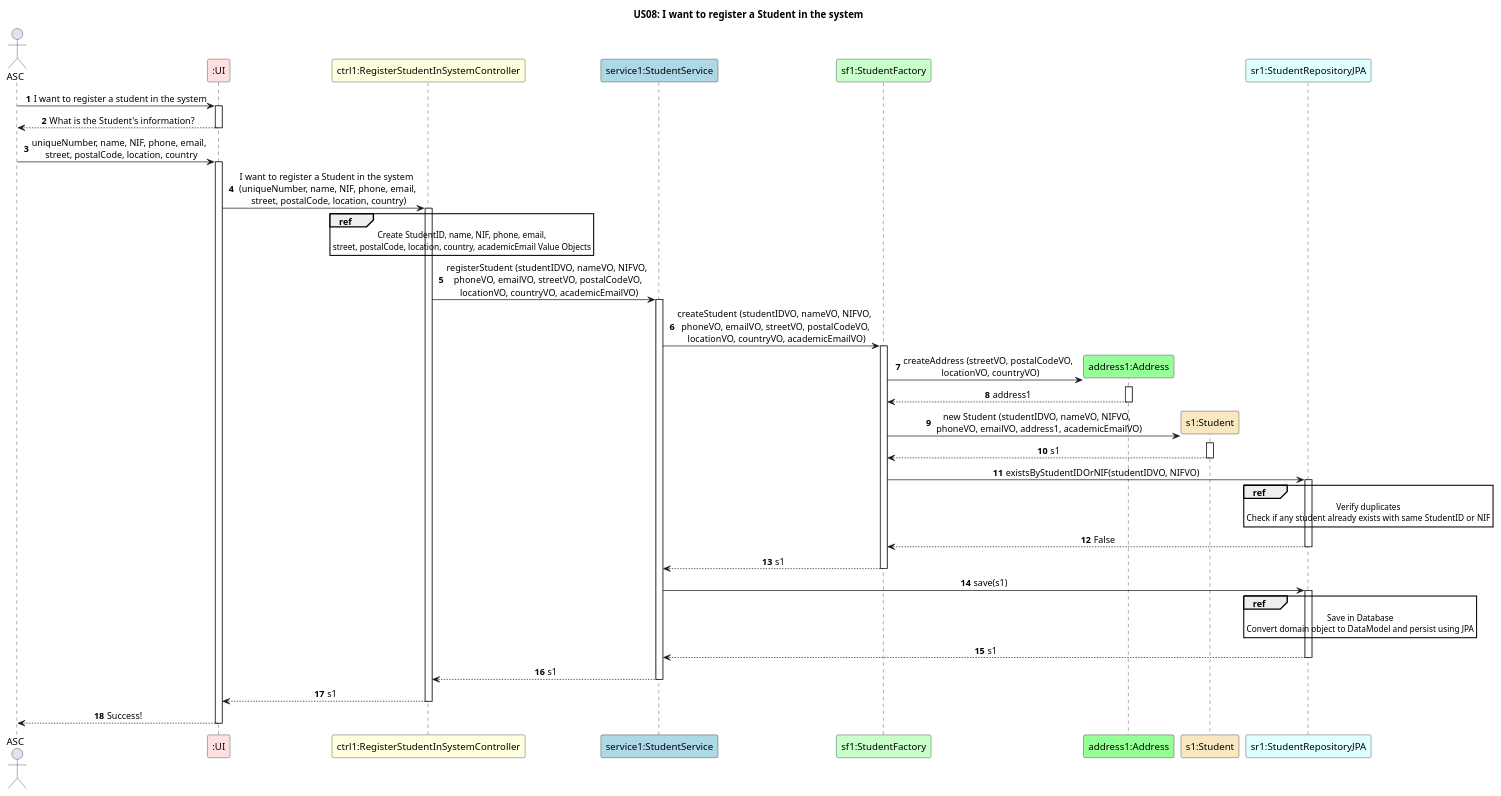
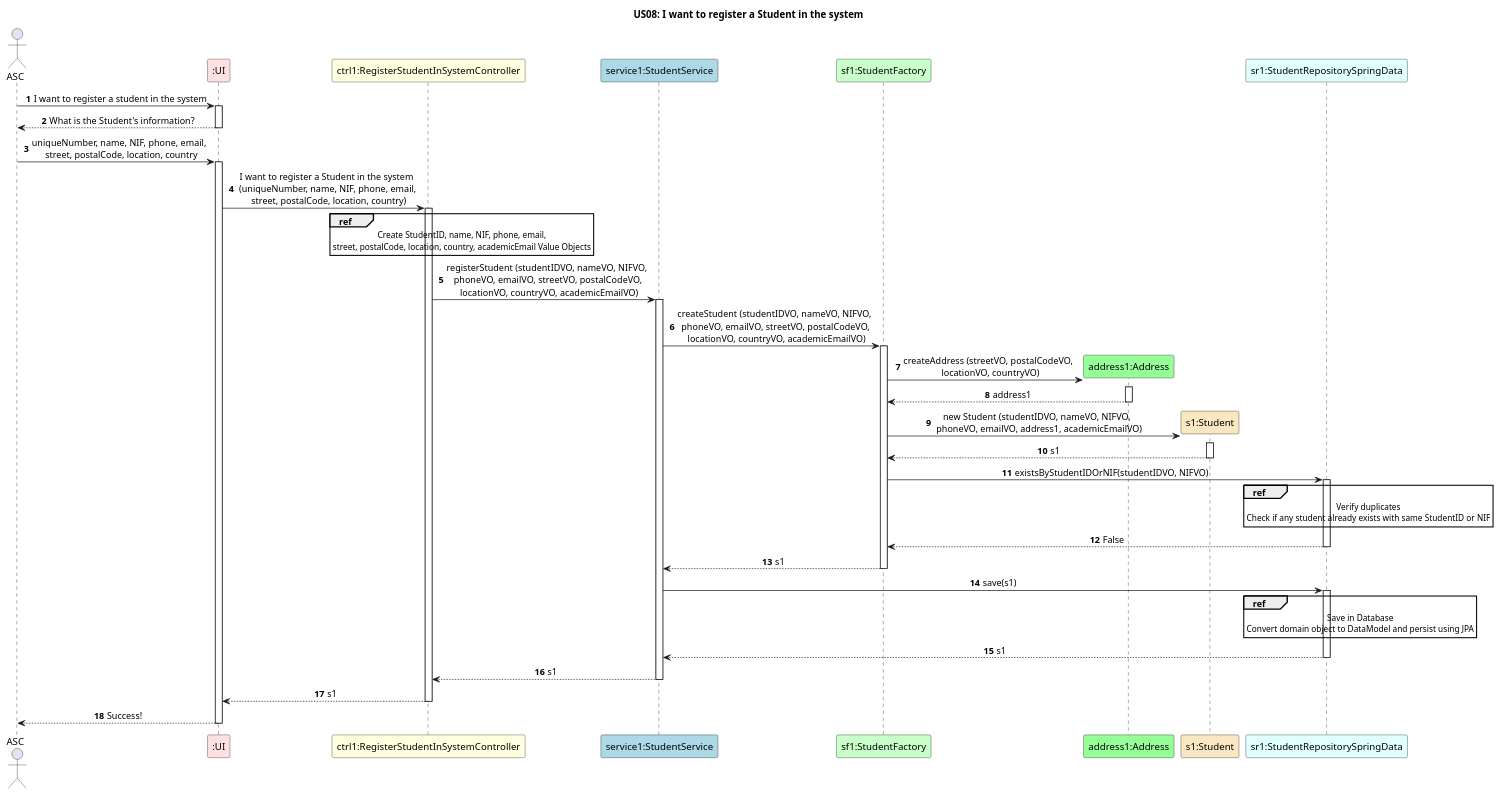
One commit to GasparISEP/DevOps-PAI changed the diagram in docs/US08/Documentation_SpringData_JPA/US08_SD_DataPersistence.puml. Above: the diagram before and after it, drawn with PlantUML.

Commit message:
Ref #269: Rename repository in RegisterAStudentInTheSystem sequence diagram to match implementation

```diff
--- a/docs/US08/Documentation_SpringData_JPA/US08_SD_DataPersistence.puml
+++ b/docs/US08/Documentation_SpringData_JPA/US08_SD_DataPersistence.puml
@@ -1,72 +1,72 @@
 @startuml
 autonumber
 skinparam sequenceMessageAlign center
 title US08: I want to register a Student in the system
 
 actor ASC
 participant ":UI" as UI #implementation
 participant "ctrl1:RegisterStudentInSystemController" as ctrl #lightyellow
 participant "service1:StudentService" as service #lightblue
 participant "sf1:StudentFactory" as SF #technology
 participant "address1:Address" as A #physical
 participant "s1:Student" as s1 #strategy
-participant "sr1:StudentRepositoryJPA" as SR #lightcyan
+participant "sr1:StudentRepositorySpringData" as SR #lightcyan
 
 ASC -> UI: I want to register a student in the system
 activate UI
 UI --> ASC: What is the Student's information?
 deactivate UI
 ASC -> UI: uniqueNumber, name, NIF, phone, email, \n street, postalCode, location, country
 activate UI
 UI -> ctrl: I want to register a Student in the system \n (uniqueNumber, name, NIF, phone, email, \n street, postalCode, location, country)
 activate ctrl
 
 ref over ctrl
     Create StudentID, name, NIF, phone, email,
     street, postalCode, location, country, academicEmail Value Objects
 end ref
 
 ctrl -> service: registerStudent (studentIDVO, nameVO, NIFVO, \n phoneVO, emailVO, streetVO, postalCodeVO, \n locationVO, countryVO, academicEmailVO)
 activate service
 
 service -> SF: createStudent (studentIDVO, nameVO, NIFVO, \n phoneVO, emailVO, streetVO, postalCodeVO, \n locationVO, countryVO, academicEmailVO)
 activate SF
 
 SF -> A**: createAddress (streetVO, postalCodeVO, \n locationVO, countryVO)
 activate A
 
 A --> SF: address1
 deactivate A
 
 SF -> s1**: new Student (studentIDVO, nameVO, NIFVO, \n phoneVO, emailVO, address1, academicEmailVO)
 activate s1
 s1 --> SF: s1
 deactivate s1
 
 SF -> SR: existsByStudentIDOrNIF(studentIDVO, NIFVO)
 activate SR
 ref over SR
     Verify duplicates
     Check if any student already exists with same StudentID or NIF
 end ref
 SR --> SF: False
 deactivate SR
 SF --> service: s1
 deactivate SF
 
 service -> SR: save(s1)
 activate SR
 ref over SR
     Save in Database
     Convert domain object to DataModel and persist using JPA
 end ref
 SR --> service: s1
 deactivate SR
 service --> ctrl: s1
 deactivate service
 ctrl --> UI: s1
 deactivate ctrl
 UI --> ASC: Success!
 deactivate UI
 
 @enduml
```
